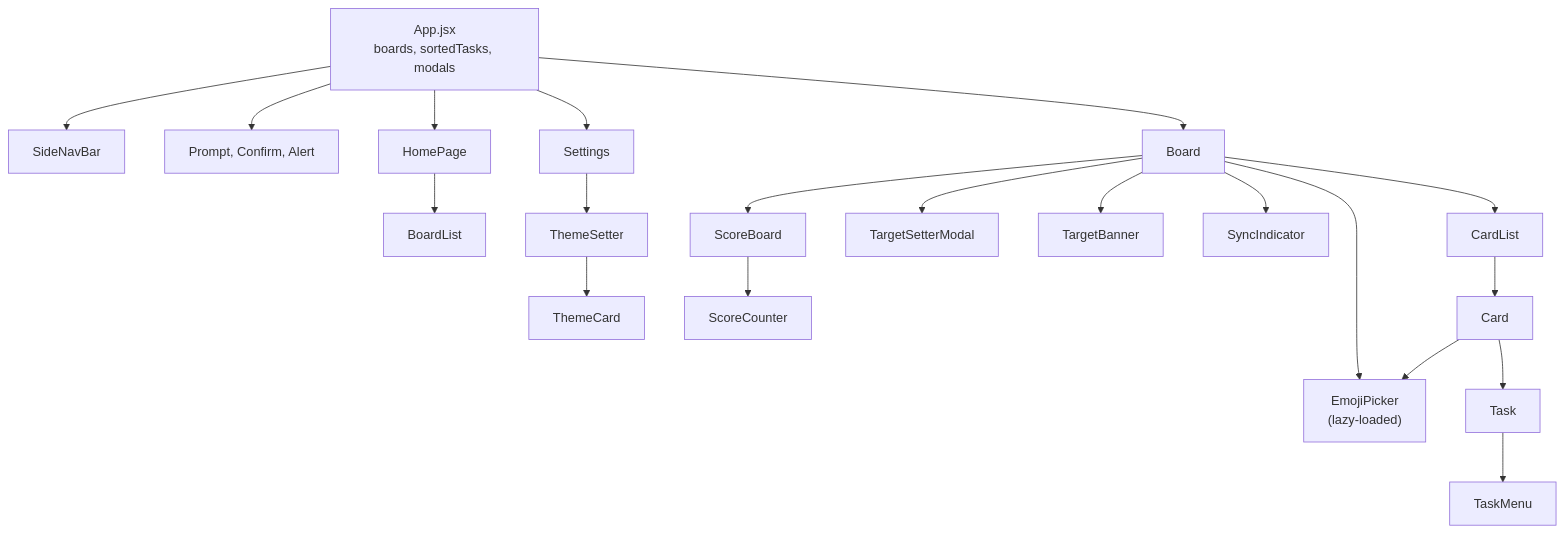
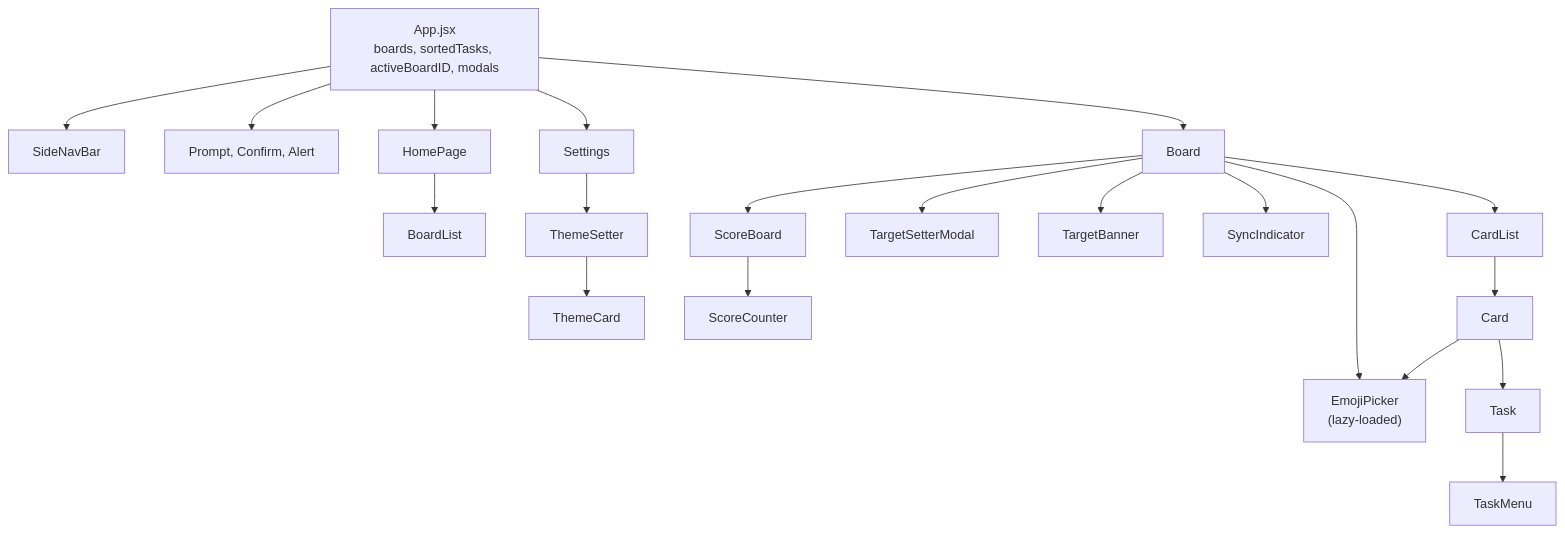
Before and after one commit to TomBenjaminMorris/listpal-frontend: the second of 6 diagrams in ARCHITECTURE.md, drawn with Mermaid. The commit also changed other lines of this file and 5 other files, not shown here.

First line of the commit message:
Store the active board as an ID and derive Board's copies of board fields

````diff
--- a/ARCHITECTURE.md
+++ b/ARCHITECTURE.md
@@ -109,21 +109,21 @@
 ```mermaid
 flowchart TB
-    App["App.jsx<br/>boards, sortedTasks, modals"]
+    App["App.jsx<br/>boards, sortedTasks, activeBoardID, modals"]
     App --> SNB["SideNavBar"]
     App --> Modals["Prompt, Confirm, Alert"]
     App --> Home["HomePage"]
     App --> Settings["Settings"]
     App --> Board["Board"]
     Home --> BL["BoardList"]
     Settings --> TS["ThemeSetter"] --> TC["ThemeCard"]
     Board --> SB["ScoreBoard"] --> SC["ScoreCounter"]
     Board --> TSM["TargetSetterModal"]
     Board --> TB["TargetBanner"]
     Board --> EP["EmojiPicker<br/>(lazy-loaded)"]
     Board --> SI["SyncIndicator"]
     Board --> CardList["CardList"]
     CardList --> Card["Card"]
     Card --> EP
     Card --> Task["Task"]
     Task --> TaskMenu["TaskMenu"]
 ```
````
